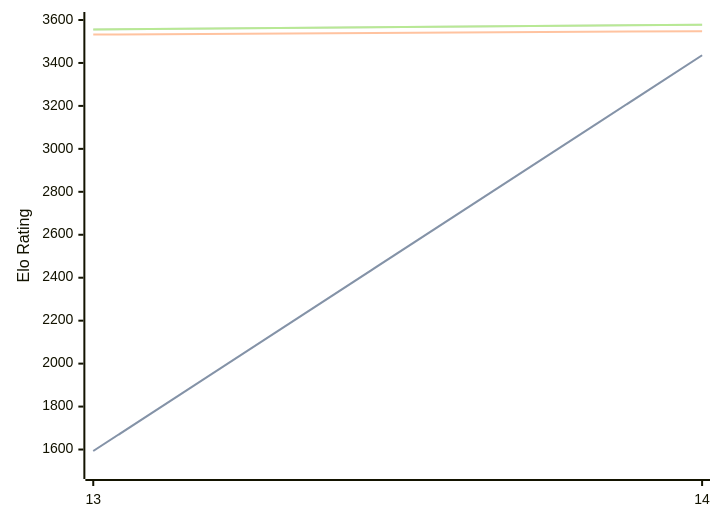
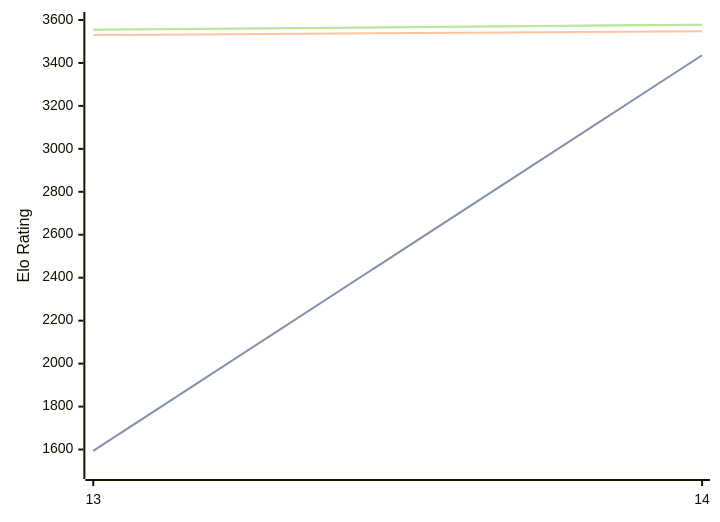
One commit to computer-chess-index/cci changed the diagram in engines/Berserk.md. Above: the diagram before and after it, drawn with Mermaid. The commit also changed other lines of this file, not shown here.

Commit message:
Update CCI Ratings (ELO VLTC) - 2026-09-12

````diff
--- a/engines/Berserk.md
+++ b/engines/Berserk.md
@@ -33,11 +33,11 @@
 ```mermaid
 %%{init: {"theme":"base","themeVariables":{"seriesColors:['#a3a3a3','#222221','#faa371']}}}%%
 xychart-beta
   x-axis ["13", "14"]
   y-axis "Elo Rating" 1500 --> 3600
-  line "" [1593, 3436]
-  line "STC (8.0+0.08s)" [1593, 3436]
-  line "LTC (60.0+0.60s)" [3532, 3548]
-  line "" [3556, 3578]
-  line "VLTC (2m24s+1.12s)" [3556, 3578]
+  line "" [1594, 3436]
+  line "STC (8.0+0.08s)" [1594, 3436]
+  line "LTC (60.0+0.60s)" [3530, 3548]
+  line "" [3555, 3578]
+  line "VLTC (2m24s+1.12s)" [3555, 3578]
 ```
````
